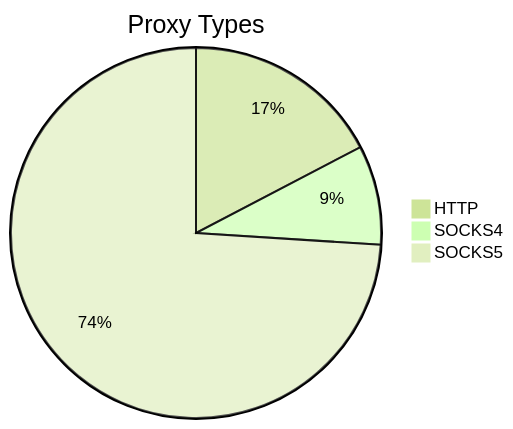
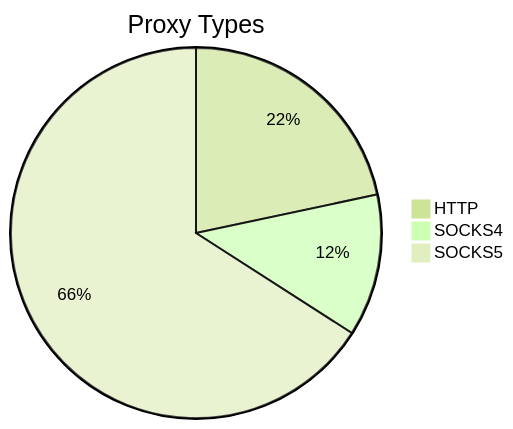
The first of 2 diagrams in README.md (stormsia/proxy-list), drawn with Mermaid (forest theme) before and after one commit. The commit also changed other lines of this file, not shown here.

````diff
--- a/README.md
+++ b/README.md
@@ -21,6 +21,6 @@
 ```mermaid
 pie title Proxy Types
-    "HTTP" : 94
-    "SOCKS4" : 47
-    "SOCKS5" : 401
+    "HTTP" : 164
+    "SOCKS4" : 94
+    "SOCKS5" : 499
 ```
````
